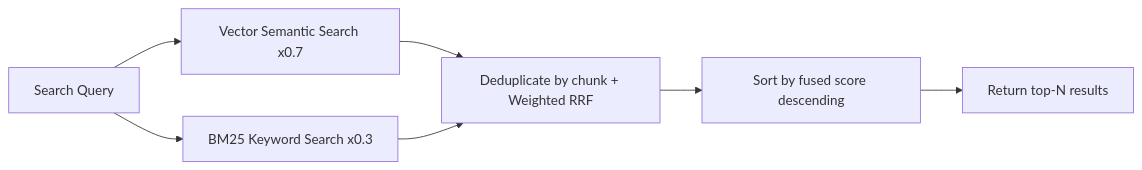
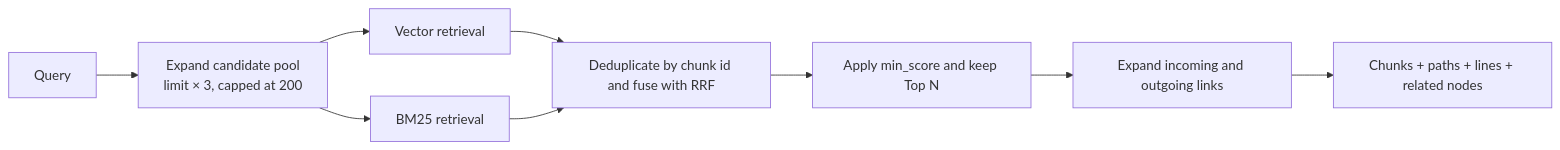
The fifth of 5 diagrams in website/public/docs/memory.en.md (agentscope-ai/QwenPaw), drawn with Mermaid before and after one commit. The commit also changed other lines of this file and 11 other files, not shown here.

````diff
--- a/website/public/docs/memory.en.md
+++ b/website/public/docs/memory.en.md
@@ -213,9 +314,11 @@
 ```mermaid
-graph LR
-    Query[Search Query] --> Vector[Vector Semantic Search x0.7]
-    Query --> BM25[BM25 Keyword Search x0.3]
-    Vector --> Merge[Deduplicate by chunk + Weighted RRF]
-    BM25 --> Merge
-    Merge --> Sort[Sort by fused score descending]
-    Sort --> Results[Return top-N results]
+flowchart LR
+    A[Query] --> B[Expand candidate pool<br/>limit × 3, capped at 200]
+    B --> C[Vector retrieval]
+    B --> D[BM25 retrieval]
+    C --> E[Deduplicate by chunk id and fuse with RRF]
+    D --> E
+    E --> F[Apply min_score and keep Top N]
+    F --> G[Expand incoming and outgoing links]
+    G --> H[Chunks + paths + lines + related nodes]
 ```
````
